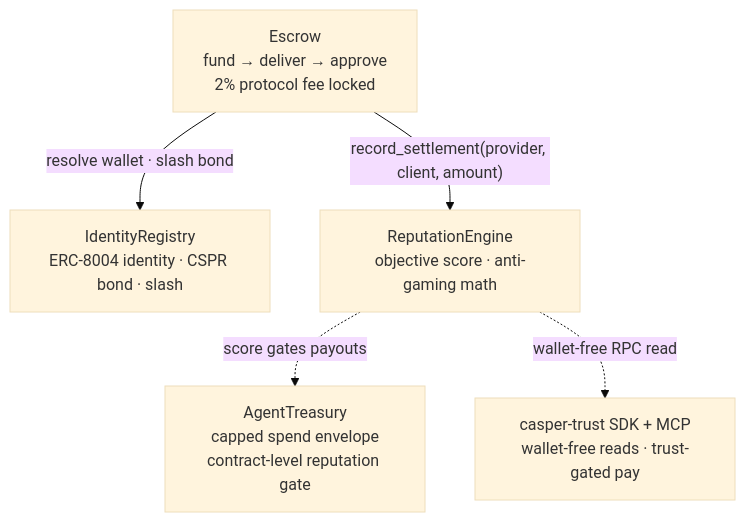
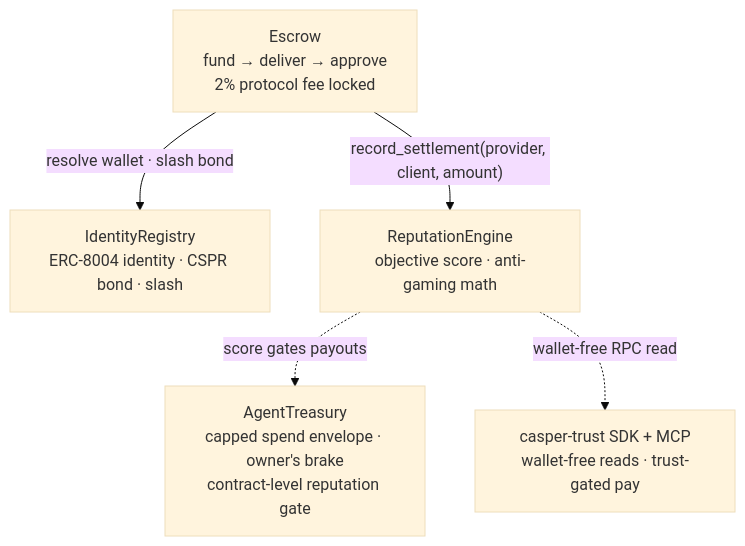
Before and after one commit to Bekirerdem/casper-trust-layer: the diagram in README.md, drawn with Mermaid (base theme). The commit also changed other lines of this file and 15 other files, not shown here.

````diff
--- a/README.md
+++ b/README.md
@@ -70,13 +70,13 @@
 ```mermaid
 flowchart TD
     IR["IdentityRegistry<br/>ERC-8004 identity · CSPR bond · slash"]
     ES["Escrow<br/>fund → deliver → approve<br/>2% protocol fee locked"]
     RE["ReputationEngine<br/>objective score · anti-gaming math"]
-    AT["AgentTreasury<br/>capped spend envelope<br/>contract-level reputation gate"]
+    AT["AgentTreasury<br/>capped spend envelope · owner's brake<br/>contract-level reputation gate"]
     SDK["casper-trust SDK + MCP<br/>wallet-free reads · trust-gated pay"]
 
     ES -- "resolve wallet · slash bond" --> IR
     ES -- "record_settlement(provider, client, amount)" --> RE
     RE -. "score gates payouts" .-> AT
     RE -. "wallet-free RPC read" .-> SDK
 ```
````
